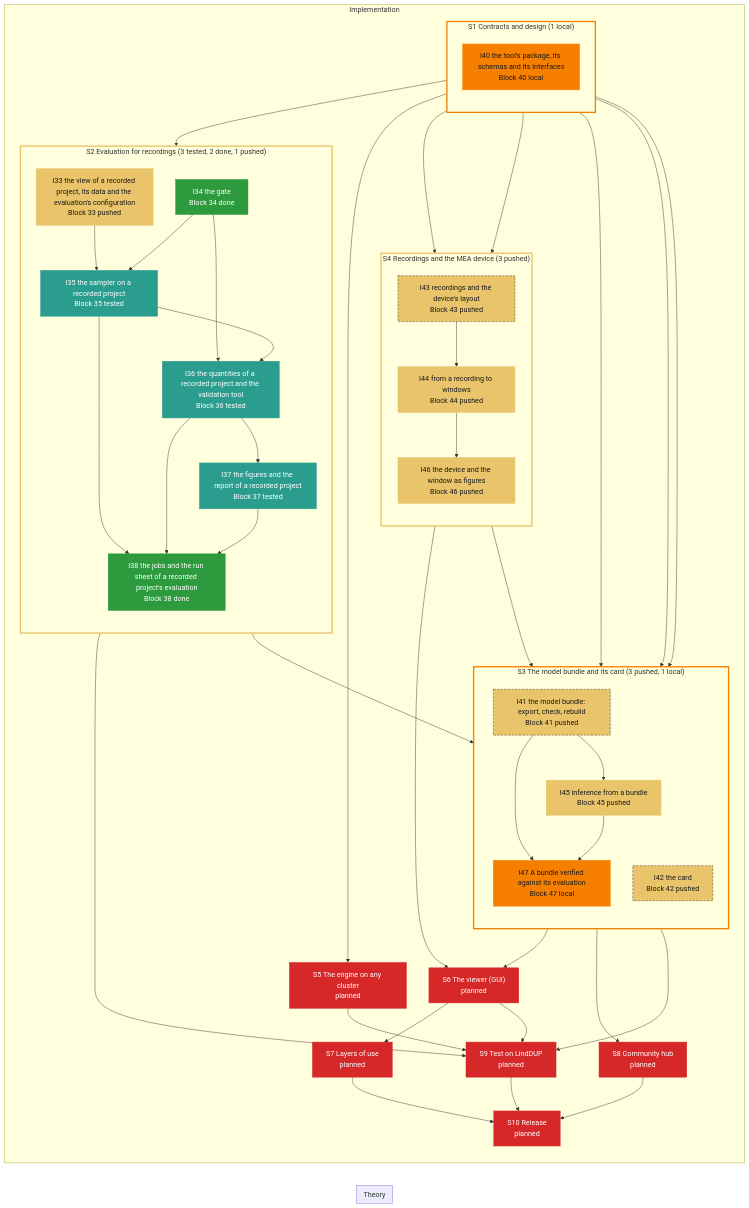
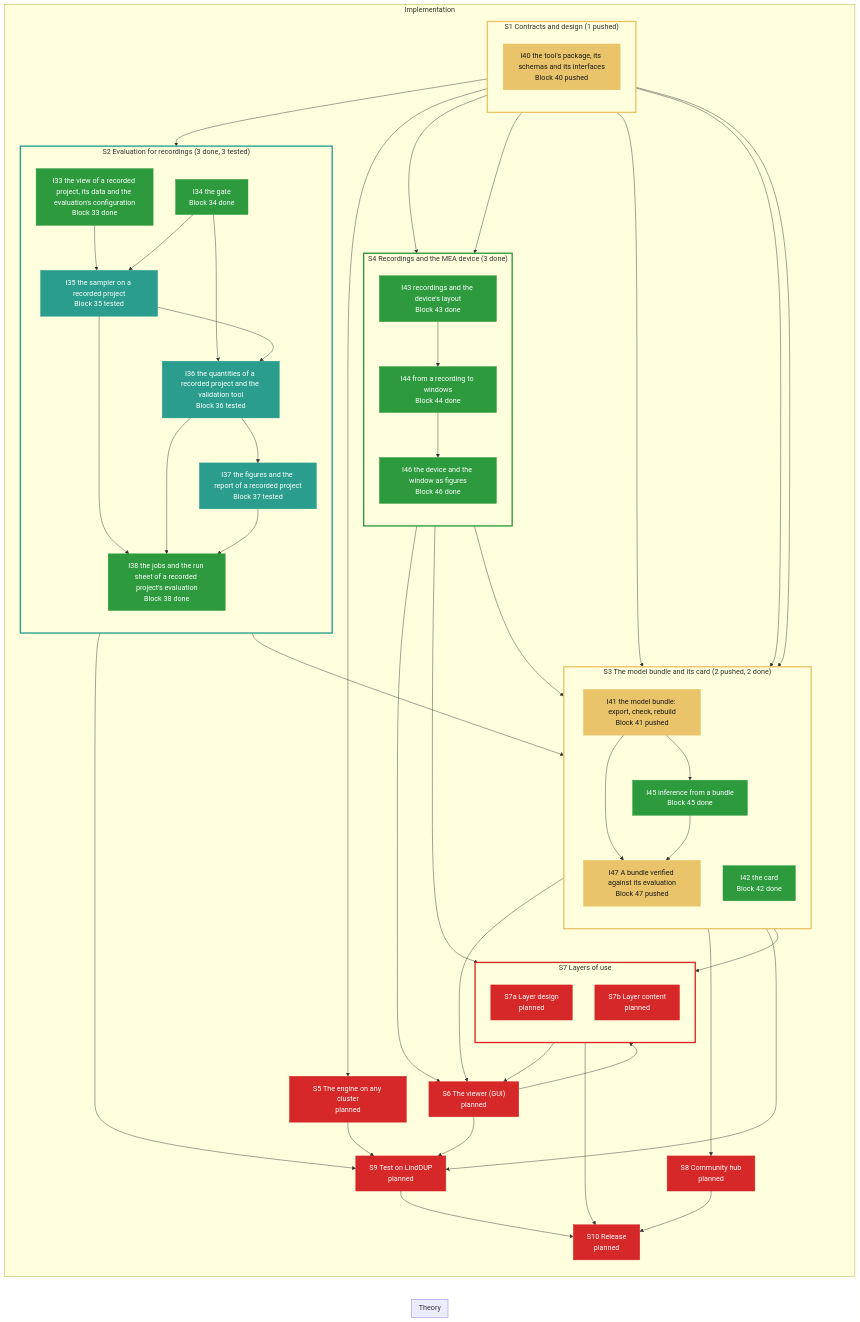
One commit to Leonardodm00/Simulation-Based-Inference changed the diagram in specs/roadmap/tool.md. Above: the diagram before and after it, drawn with Mermaid. The commit also changed other lines of this file and 1 other file, not shown here.

Commit message:
roadmap: S7 split into S7a (layer design, before the viewer) and S7b (layer content, after it); S6 depends on S7a (D-183)
Claude-Session: https://claude.ai/code/session_015FuK9waJUq8JtaZq99jETA

````diff
--- a/specs/roadmap/tool.md
+++ b/specs/roadmap/tool.md
@@ -21,35 +21,39 @@
     end
     subgraph impl["Implementation"]
         direction TB
-        subgraph grp_S1["S1 Contracts and design (1 local)"]
+        subgraph grp_S1["S1 Contracts and design (1 pushed)"]
             direction TB
-            I40["I40 the tool's package, its schemas and its interfaces<br/>Block 40 local"]:::local
+            I40["I40 the tool's package, its schemas and its interfaces<br/>Block 40 pushed"]:::pushed
         end
-        subgraph grp_S2["S2 Evaluation for recordings (3 tested, 2 done, 1 pushed)"]
+        subgraph grp_S2["S2 Evaluation for recordings (3 done, 3 tested)"]
             direction TB
-            I33["I33 the view of a recorded project, its data and the evaluation's configuration<br/>Block 33 pushed"]:::pushed
+            I33["I33 the view of a recorded project, its data and the evaluation's configuration<br/>Block 33 done"]:::done
             I34["I34 the gate<br/>Block 34 done"]:::done
             I35["I35 the sampler on a recorded project<br/>Block 35 tested"]:::tested
             I36["I36 the quantities of a recorded project and the validation tool<br/>Block 36 tested"]:::tested
             I37["I37 the figures and the report of a recorded project<br/>Block 37 tested"]:::tested
             I38["I38 the jobs and the run sheet of a recorded project's evaluation<br/>Block 38 done"]:::done
         end
-        subgraph grp_S3["S3 The model bundle and its card (3 pushed, 1 local)"]
+        subgraph grp_S3["S3 The model bundle and its card (2 pushed, 2 done)"]
             direction TB
             I41["I41 the model bundle: export, check, rebuild<br/>Block 41 pushed"]:::pushed
-            I42["I42 the card<br/>Block 42 pushed"]:::pushed
-            I45["I45 inference from a bundle<br/>Block 45 pushed"]:::pushed
-            I47["I47 A bundle verified against its evaluation<br/>Block 47 local"]:::local
+            I42["I42 the card<br/>Block 42 done"]:::done
+            I45["I45 inference from a bundle<br/>Block 45 done"]:::done
+            I47["I47 A bundle verified against its evaluation<br/>Block 47 pushed"]:::pushed
         end
-        subgraph grp_S4["S4 Recordings and the MEA device (3 pushed)"]
+        subgraph grp_S4["S4 Recordings and the MEA device (3 done)"]
             direction TB
-            I43["I43 recordings and the device's layout<br/>Block 43 pushed"]:::pushed
-            I44["I44 from a recording to windows<br/>Block 44 pushed"]:::pushed
-            I46["I46 the device and the window as figures<br/>Block 46 pushed"]:::pushed
+            I43["I43 recordings and the device's layout<br/>Block 43 done"]:::done
+            I44["I44 from a recording to windows<br/>Block 44 done"]:::done
+            I46["I46 the device and the window as figures<br/>Block 46 done"]:::done
         end
         S5["S5 The engine on any cluster<br/>planned"]:::planned
         S6["S6 The viewer (GUI)<br/>planned"]:::planned
-        S7["S7 Layers of use<br/>planned"]:::planned
+        subgraph grp_S7["S7 Layers of use"]
+            direction TB
+            S7a["S7a Layer design<br/>planned"]:::planned
+            S7b["S7b Layer content<br/>planned"]:::planned
+        end
         S8["S8 Community hub<br/>planned"]:::planned
         S9["S9 Test on LindDUP<br/>planned"]:::planned
         S10["S10 Release<br/>planned"]:::planned
@@ -60,13 +64,13 @@
         grp_S1 --> S5
         grp_S3 --> S6
         grp_S4 --> S6
-        S6 --> S7
+        S7a --> S6
         grp_S3 --> S8
         grp_S2 --> S9
         grp_S3 --> S9
         S5 --> S9
         S6 --> S9
-        S7 --> S10
+        grp_S7 --> S10
         S8 --> S10
         S9 --> S10
         I33 --> I35
@@ -86,10 +90,13 @@
         I44 --> I46
         I41 --> I47
         I45 --> I47
+        grp_S3 --> S7a
+        grp_S4 --> S7a
+        S6 --> S7b
     end
-    class I41,I42,I43 blocked
-    style grp_S1 stroke:#f77f00,stroke-width:3px
-    style grp_S2 stroke:#e9c46a,stroke-width:3px
-    style grp_S3 stroke:#f77f00,stroke-width:3px
-    style grp_S4 stroke:#e9c46a,stroke-width:3px
+    style grp_S1 stroke:#e9c46a,stroke-width:3px
+    style grp_S2 stroke:#2a9d8f,stroke-width:3px
+    style grp_S3 stroke:#e9c46a,stroke-width:3px
+    style grp_S4 stroke:#2d9a3d,stroke-width:3px
+    style grp_S7 stroke:#d62828,stroke-width:3px
 ```
````
